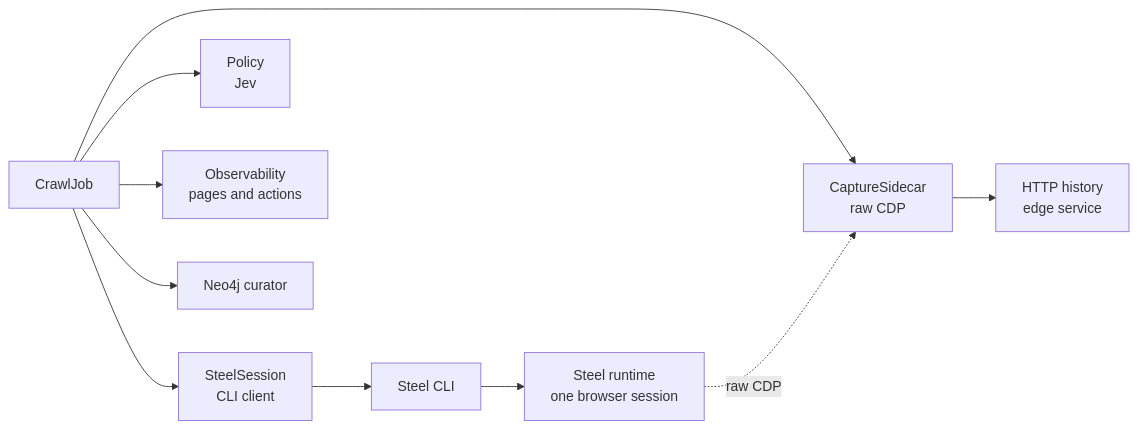
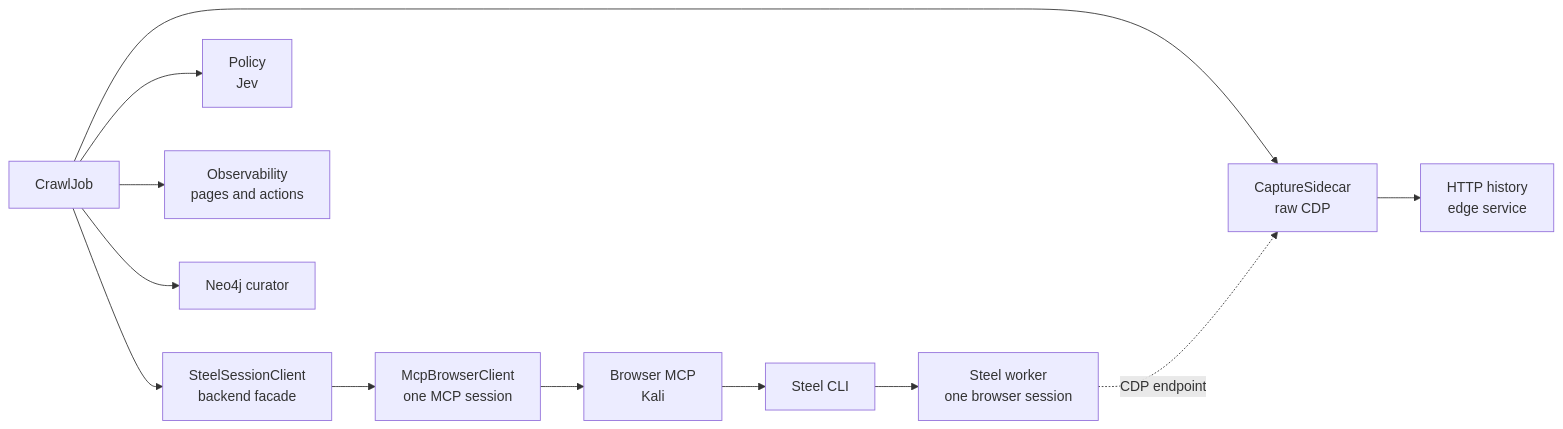
One commit to Diekgbbtt/polyphemus changed the diagram in docs/design/steel-crawl-spec.md. Above: the diagram before and after it, drawn with Mermaid. The commit also changed other lines of this file and 19 other files, not shown here.

````diff
--- a/docs/design/steel-crawl-spec.md
+++ b/docs/design/steel-crawl-spec.md
@@ -136,22 +143,26 @@
 ```mermaid
 flowchart LR
     JOB[CrawlJob]
-    SESS[SteelSession<br/>CLI client]
+    SESS[SteelSessionClient<br/>backend facade]
+    MCP[McpBrowserClient<br/>one MCP session]
+    SERVER[Browser MCP<br/>Kali]
     CLI[Steel CLI]
-    STEEL[Steel runtime<br/>one browser session]
+    WORKER[Steel worker<br/>one browser session]
     CDP[CaptureSidecar<br/>raw CDP]
     POL[Policy<br/>Jev]
     OBS[Observability<br/>pages and actions]
     HH[HTTP history<br/>edge service]
     GRAPH[Neo4j curator]
 
     JOB --> SESS
-    SESS --> CLI
-    CLI --> STEEL
+    SESS --> MCP
+    MCP --> SERVER
+    SERVER --> CLI
+    CLI --> WORKER
     JOB --> POL
     JOB --> CDP
-    STEEL -. raw CDP .-> CDP
+    WORKER -. CDP endpoint .-> CDP
     JOB --> OBS
     CDP --> HH
     JOB --> GRAPH
 ```
````
